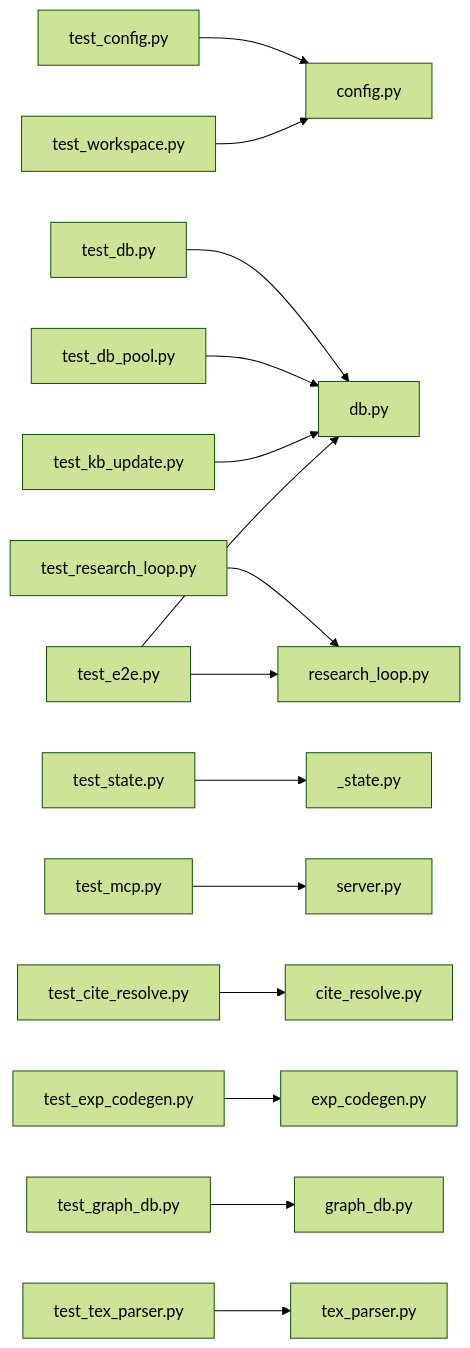
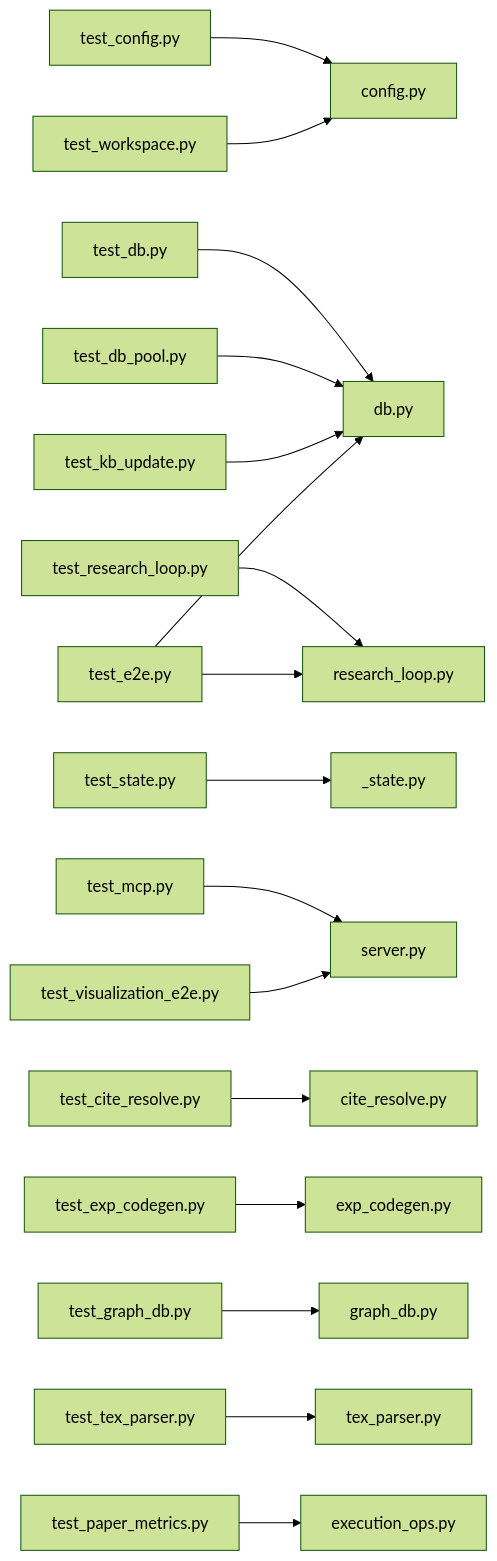
Diagram 20 of 20 in .qoder/repowiki/zh/content/测试框架.md (1173591564/academic-based-qoder), drawn with Mermaid (forest theme) before and after one commit. The commit also changed other lines of this file and 37 other files, not shown here.

````diff
--- a/.qoder/repowiki/zh/content/测试框架.md
+++ b/.qoder/repowiki/zh/content/测试框架.md
@@ -775,17 +883,19 @@
 ```mermaid
 graph LR
 TC["test_config.py"] --> C["config.py"]
 TD["test_db.py"] --> D["db.py"]
 TDP["test_db_pool.py"] --> D
 TK["test_kb_update.py"] --> D
 TR["test_research_loop.py"] --> RL["research_loop.py"]
 TS["test_state.py"] --> ST["_state.py"]
 TW["test_workspace.py"] --> C
 TM["test_mcp.py"] --> S["server.py"]
 TE["test_e2e.py"] --> D
 TE --> RL
 TCR["test_cite_resolve.py"] --> CR["cite_resolve.py"]
 TEC["test_exp_codegen.py"] --> EC["exp_codegen.py"]
 TGD["test_graph_db.py"] --> GD["graph_db.py"]
 TTP["test_tex_parser.py"] --> TP["tex_parser.py"]
+TPM["test_paper_metrics.py"] --> EO["execution_ops.py"]
+TV["test_visualization_e2e.py"] --> S
 ```
````
